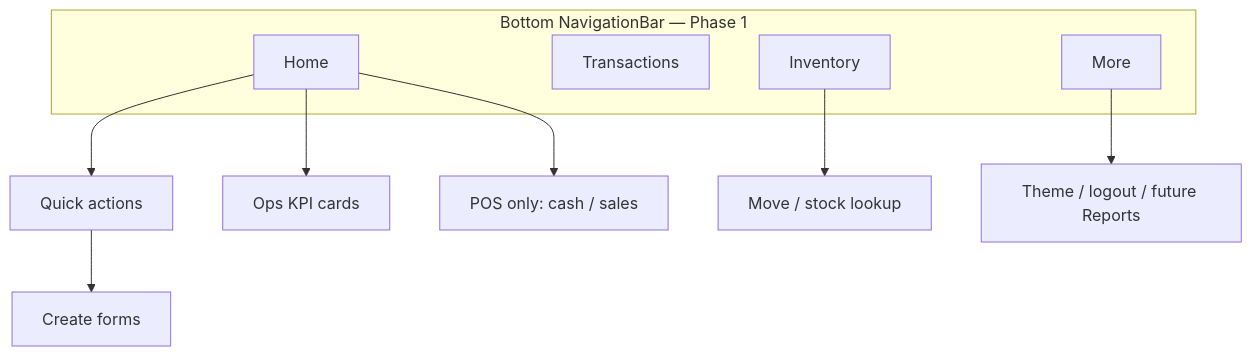
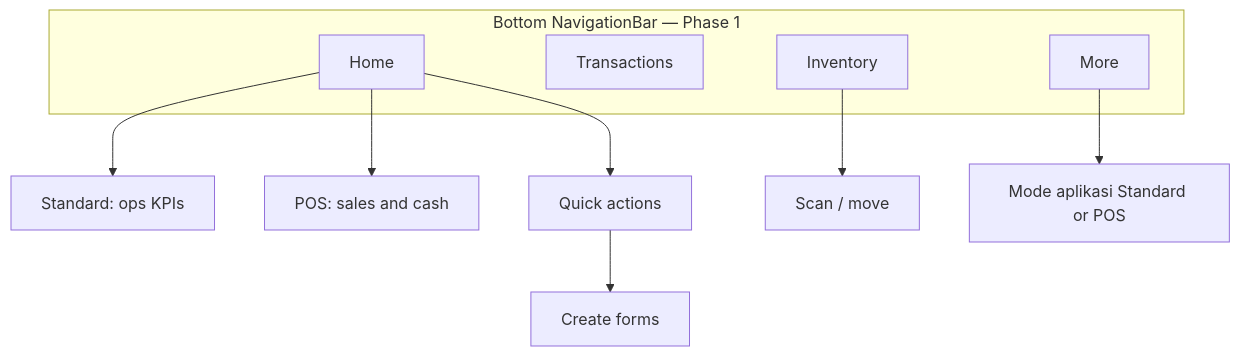
One commit to ariantog/aria changed the diagram in apps/aria_mobile/doc/mobile-app-design-direction.md. Above: the diagram before and after it, drawn with Mermaid. The commit also changed other lines of this file and 1 other file, not shown here.

````diff
--- a/apps/aria_mobile/doc/mobile-app-design-direction.md
+++ b/apps/aria_mobile/doc/mobile-app-design-direction.md
@@ -31,15 +32,15 @@
 ```mermaid
 flowchart TB
   subgraph nav [Bottom NavigationBar — Phase 1]
     Home[Home]
     Txn[Transactions]
     Inv[Inventory]
     More[More]
   end
+  Home --> Standard[Standard: ops KPIs]
+  Home --> POS[POS: sales and cash]
   Home --> QA[Quick actions]
-  Home --> KPIs[Ops KPI cards]
-  Home --> POS[POS only: cash / sales]
   QA --> Forms[Create forms]
-  Inv --> Move[Move / stock lookup]
-  More --> Theme[Theme / logout / future Reports]
+  Inv --> Scan[Scan / move]
+  More --> Mode[Mode aplikasi Standard or POS]
 ```
````
